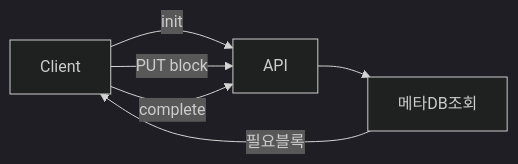
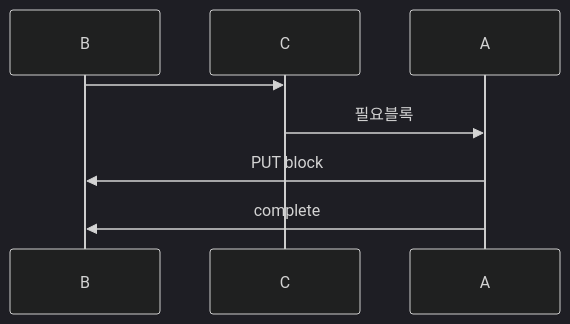
One commit to yjkim2015/yjkim2015.github.io changed the second of 8 diagrams in _posts/systemdesign/2026-05-03-system-design-file-storage.md. Above: the diagram before and after it, drawn with Mermaid (dark theme). The commit also changed 89 other files, not shown here.

First line of the commit message:
복잡한 flowchart 163개 → sequenceDiagram 변환 (90파일)

````diff
--- a/_posts/systemdesign/2026-05-03-system-design-file-storage.md
+++ b/_posts/systemdesign/2026-05-03-system-design-file-storage.md
@@ -209,8 +209,7 @@
 ```mermaid
-graph LR
-    A[Client] -->|init| B[API]
-    B --> C[메타DB조회]
-    C -->|필요블록| A
-    A -->|PUT block| B
-    A -->|complete| B
+sequenceDiagram
+    B->>C: 
+    C->>A: 필요블록
+    A->>B: PUT block
+    A->>B: complete
 ```
````
